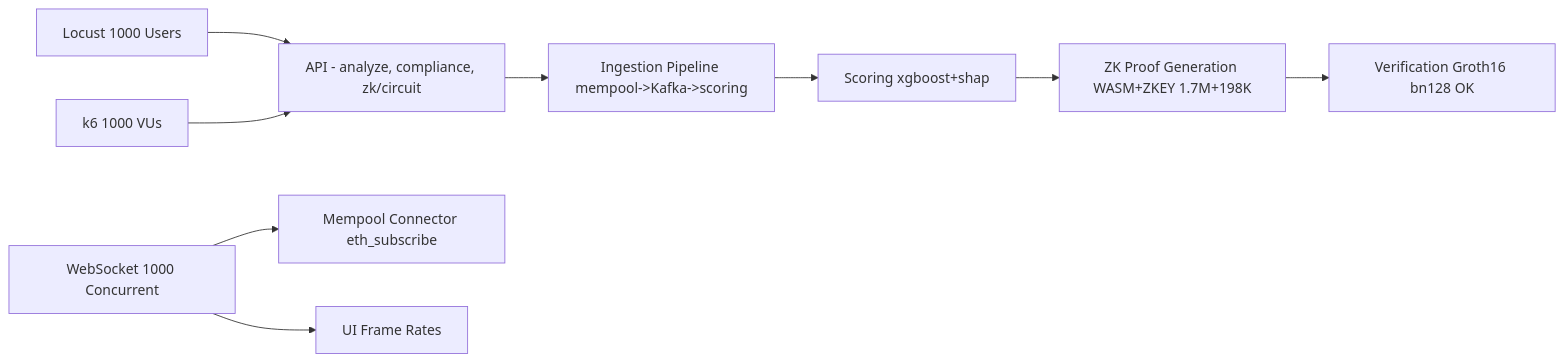
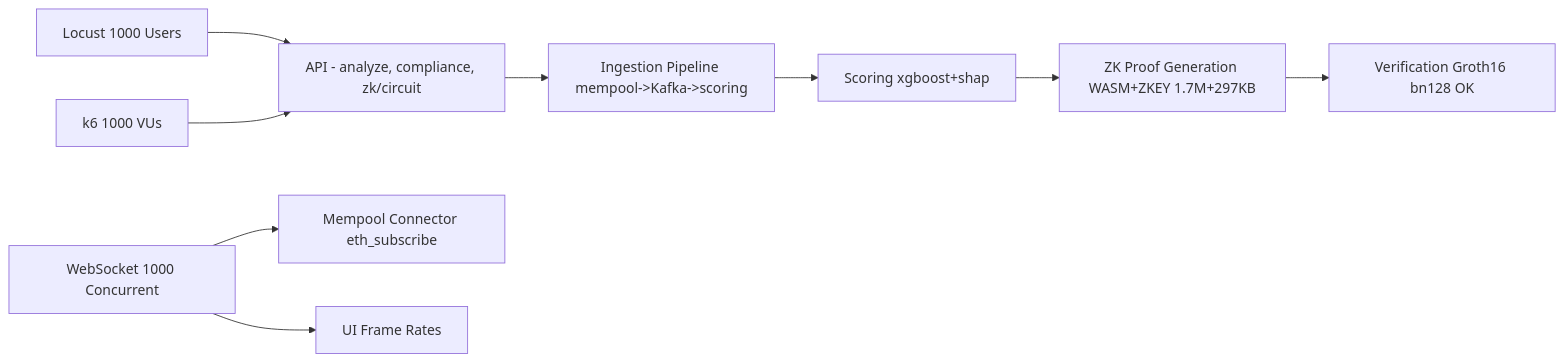
Before and after one commit to 2058862807/defense: the fifth of 8 diagrams in docs/diagrams.md, drawn with Mermaid. The commit also changed 46 other files, not shown here.

````diff
--- a/docs/diagrams.md
+++ b/docs/diagrams.md
@@ -73,11 +73,11 @@
 ```mermaid
 graph LR
     Locust[Locust 1000 Users] --> API[API - analyze, compliance, zk/circuit]
     K6[k6 1000 VUs] --> API
     API --> Ingestion[Ingestion Pipeline mempool->Kafka->scoring]
     Ingestion --> Scoring[Scoring xgboost+shap]
-    Scoring --> ZK[ZK Proof Generation WASM+ZKEY 1.7M+198K]
+    Scoring --> ZK[ZK Proof Generation WASM+ZKEY 1.7M+297KB]
     ZK --> Verification[Verification Groth16 bn128 OK]
     WebSocket[WebSocket 1000 Concurrent] --> Mempool[Mempool Connector eth_subscribe]
     WebSocket --> UI[UI Frame Rates]
 ```
````
